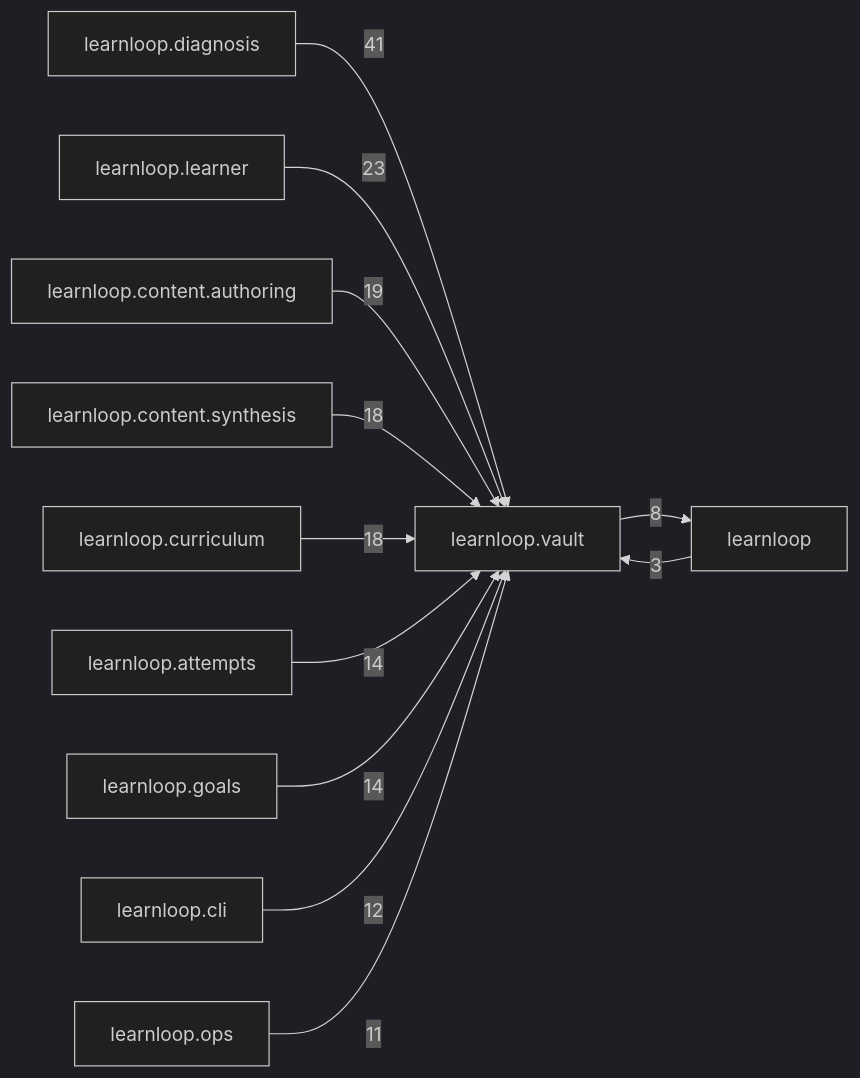
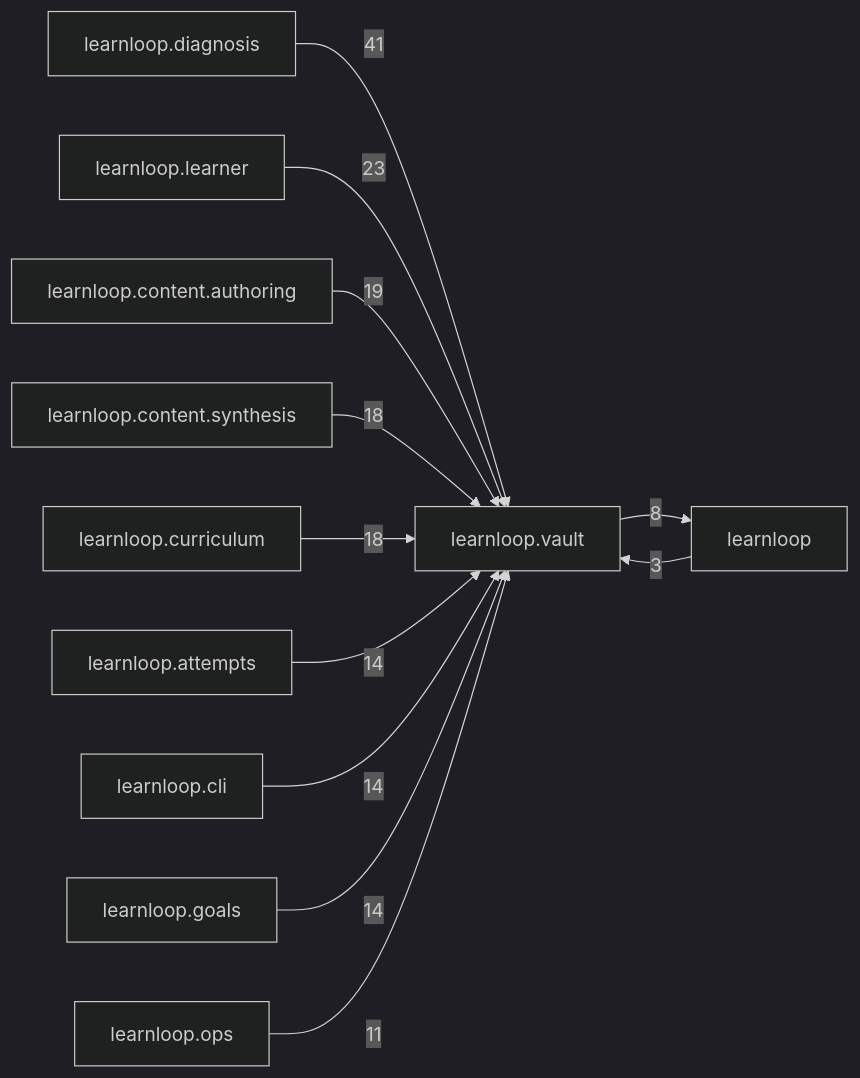
One commit to 6up-b/learnanything changed the diagram in docs/learnloop-architecture-vault/Reference/Modules/learnloop/vault/_package.md. Above: the diagram before and after it, drawn with Mermaid (dark theme). The commit also changed other lines of this file and 342 other files, not shown here.

````diff
--- a/docs/learnloop-architecture-vault/Reference/Modules/learnloop/vault/_package.md
+++ b/docs/learnloop-architecture-vault/Reference/Modules/learnloop/vault/_package.md
@@ -104,25 +104,25 @@
 ```mermaid
 flowchart LR
     center["learnloop.vault"]
     n_learnloop_diagnosis["learnloop.diagnosis"]
     n_learnloop_learner["learnloop.learner"]
     n_learnloop_content_authoring["learnloop.content.authoring"]
     n_learnloop_content_synthesis["learnloop.content.synthesis"]
     n_learnloop_curriculum["learnloop.curriculum"]
     n_learnloop_attempts["learnloop.attempts"]
+    n_learnloop_cli["learnloop.cli"]
     n_learnloop_goals["learnloop.goals"]
-    n_learnloop_cli["learnloop.cli"]
     n_learnloop["learnloop"]
     n_learnloop_ops["learnloop.ops"]
     n_learnloop_diagnosis -->|41| center
     n_learnloop_learner -->|23| center
     n_learnloop_content_authoring -->|19| center
     n_learnloop_content_synthesis -->|18| center
     n_learnloop_curriculum -->|18| center
     n_learnloop_attempts -->|14| center
+    n_learnloop_cli -->|14| center
     n_learnloop_goals -->|14| center
-    n_learnloop_cli -->|12| center
     n_learnloop -->|3| center
     center -->|8| n_learnloop
     n_learnloop_ops -->|11| center
 ```
````
